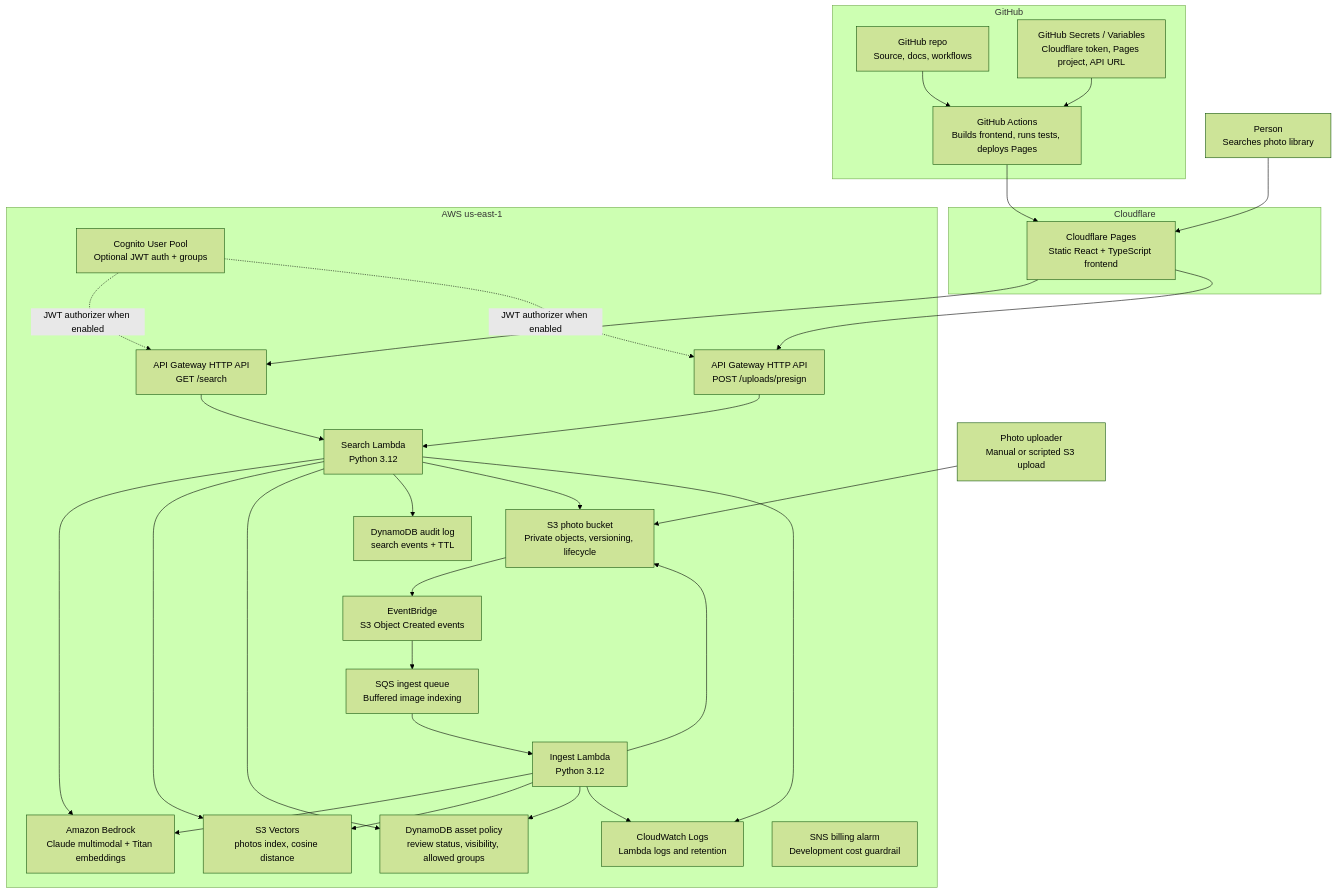
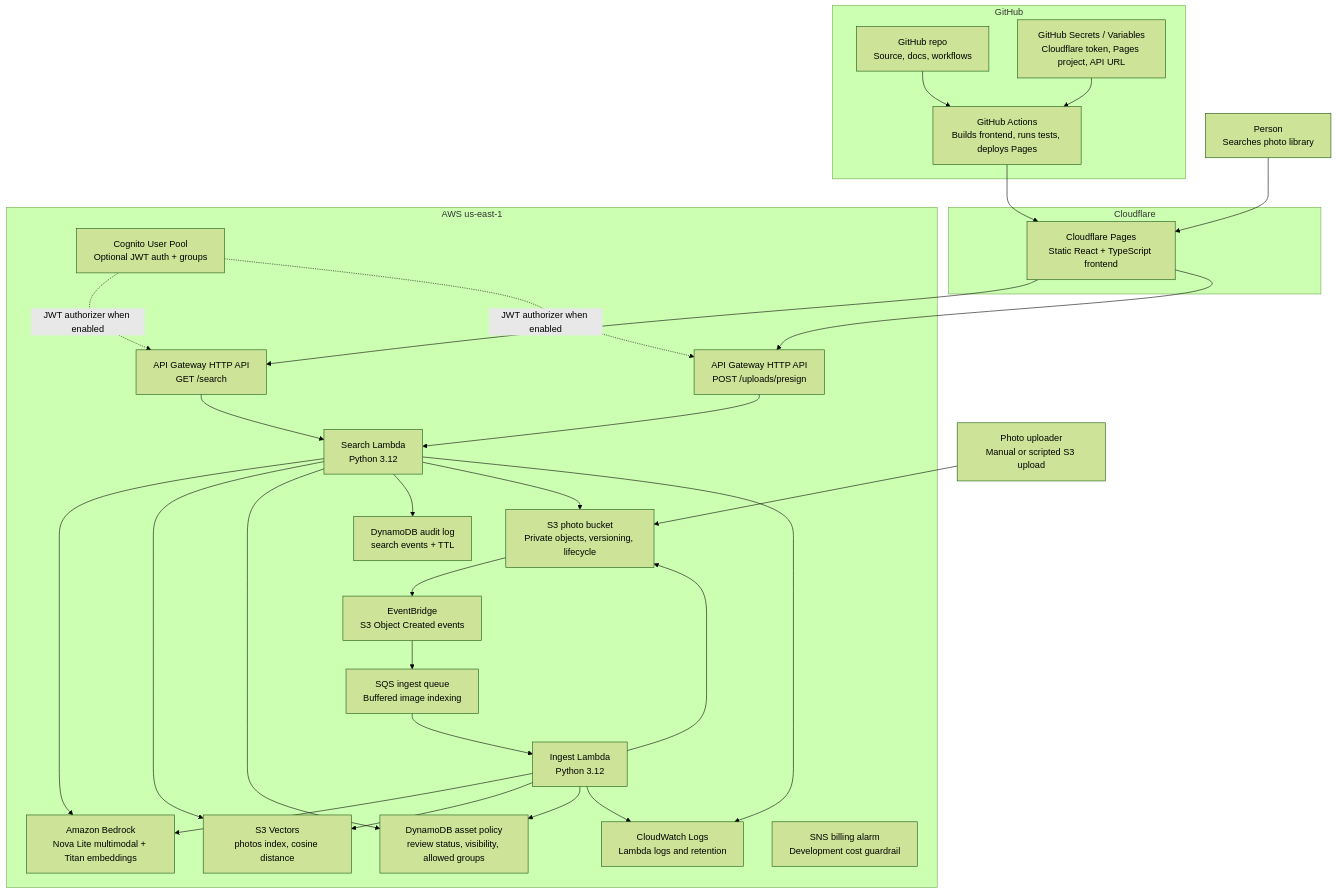
Before and after one commit to manynames3/photoscribe-ai: the diagram in docs/architecture.md, drawn with Mermaid (forest theme). The commit also changed other lines of this file and 16 other files, not shown here.

Commit message:
feat: use Nova Lite for image ingest

````diff
--- a/docs/architecture.md
+++ b/docs/architecture.md
@@ -7,60 +7,60 @@
 ```mermaid
 flowchart TB
     person["Person<br/>Searches photo library"]
     uploader["Photo uploader<br/>Manual or scripted S3 upload"]
 
     subgraph cloudflare["Cloudflare"]
         pages["Cloudflare Pages<br/>Static React + TypeScript frontend"]
     end
 
     subgraph github["GitHub"]
         repo["GitHub repo<br/>Source, docs, workflows"]
         actions["GitHub Actions<br/>Builds frontend, runs tests, deploys Pages"]
         secrets["GitHub Secrets / Variables<br/>Cloudflare token, Pages project, API URL"]
     end
 
     subgraph aws["AWS us-east-1"]
         cognito["Cognito User Pool<br/>Optional JWT auth + groups"]
         api["API Gateway HTTP API<br/>GET /search"]
         upload_api["API Gateway HTTP API<br/>POST /uploads/presign"]
         search["Search Lambda<br/>Python 3.12"]
         ingest["Ingest Lambda<br/>Python 3.12"]
         photos["S3 photo bucket<br/>Private objects, versioning, lifecycle"]
         events["EventBridge<br/>S3 Object Created events"]
         ingest_queue["SQS ingest queue<br/>Buffered image indexing"]
         vectors["S3 Vectors<br/>photos index, cosine distance"]
         policy["DynamoDB asset policy<br/>review status, visibility, allowed groups"]
         audit["DynamoDB audit log<br/>search events + TTL"]
-        bedrock["Amazon Bedrock<br/>Claude multimodal + Titan embeddings"]
+        bedrock["Amazon Bedrock<br/>Nova Lite multimodal + Titan embeddings"]
         logs["CloudWatch Logs<br/>Lambda logs and retention"]
         alarm["SNS billing alarm<br/>Development cost guardrail"]
     end
 
     person --> pages
     pages --> api
     pages --> upload_api
     cognito -. "JWT authorizer when enabled" .-> api
     cognito -. "JWT authorizer when enabled" .-> upload_api
     api --> search
     upload_api --> search
     search --> bedrock
     search --> vectors
     search --> policy
     search --> audit
     search --> photos
     search --> logs
 
     uploader --> photos
     photos --> events
     events --> ingest_queue
     ingest_queue --> ingest
     ingest --> photos
     ingest --> bedrock
     ingest --> vectors
     ingest --> policy
     ingest --> logs
 
     repo --> actions
     secrets --> actions
     actions --> pages
 ```
````
